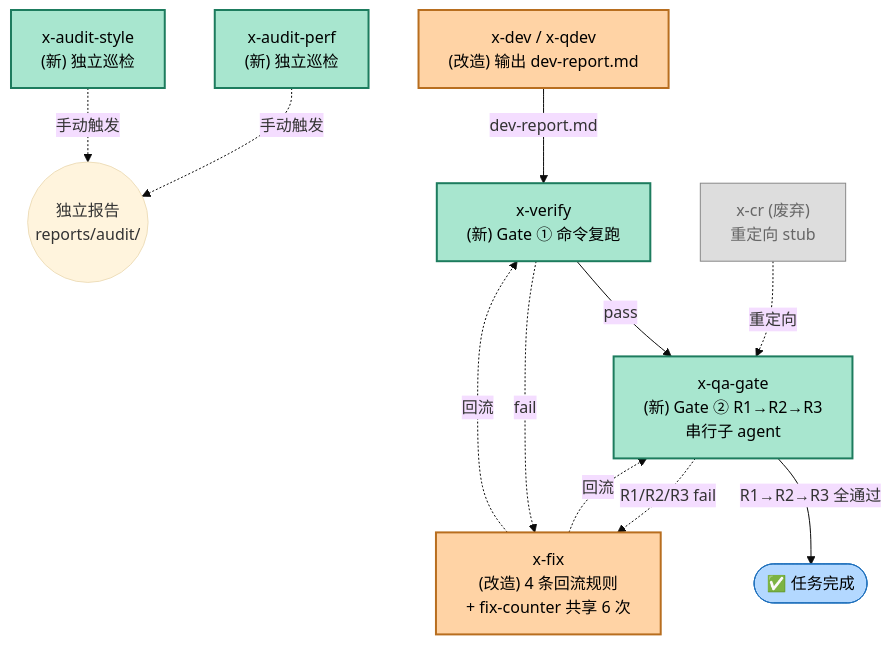
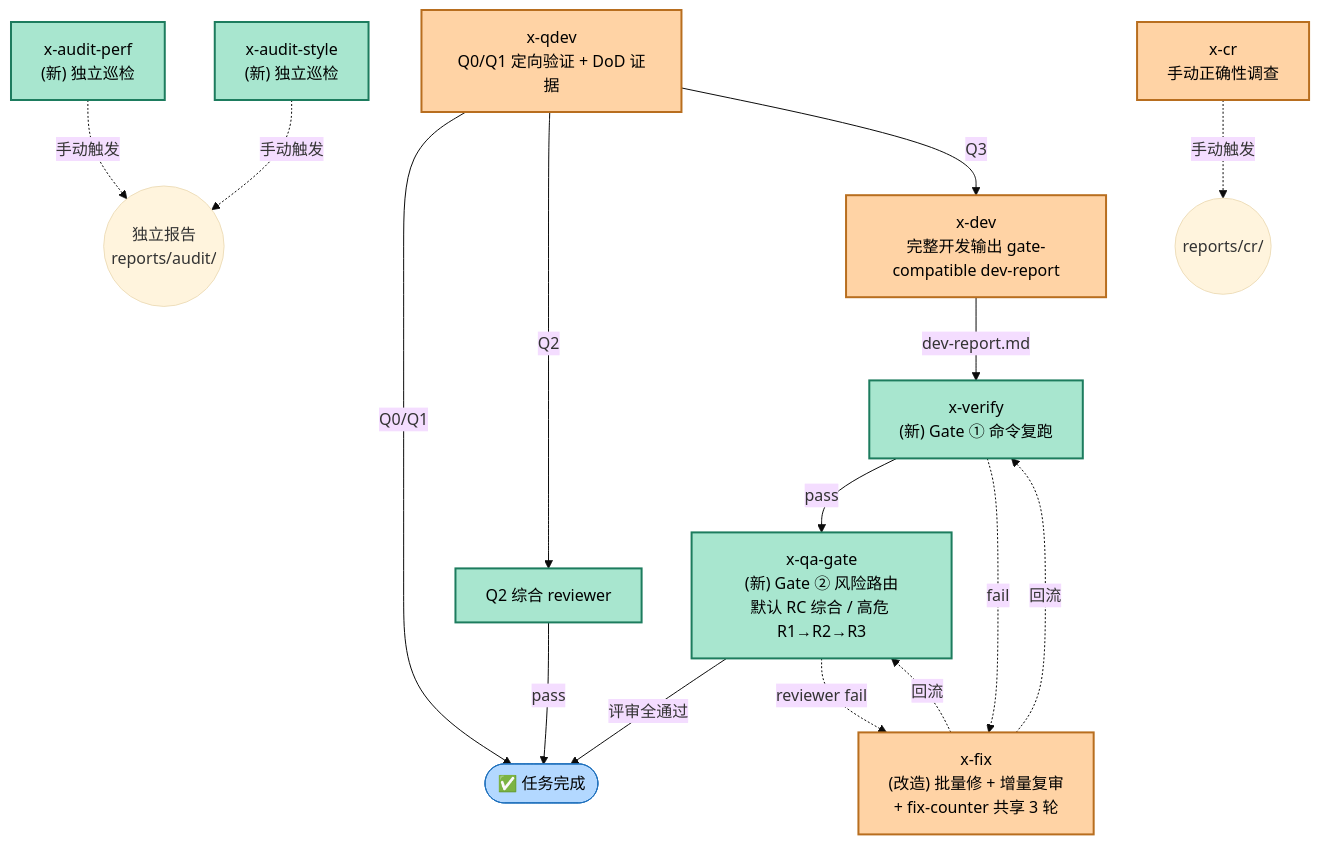
Before and after one commit to KtKID/x-dev-pipeline: the diagram in examples/req-modules-diagram-demo.md, drawn with Mermaid (base theme). The commit also changed other lines of this file and 18 other files, not shown here.

First line of the commit message:
feat(x-qa-gate): Gate 执行结构改造——风险路由 + 一轮列全 + 批量修 + 增量复审

````diff
--- a/examples/req-modules-diagram-demo.md
+++ b/examples/req-modules-diagram-demo.md
@@ -14,31 +14,39 @@
 ```mermaid
 flowchart TD
   classDef new fill:#a8e6cf,stroke:#1d7c5e,stroke-width:2px,color:#000
   classDef changed fill:#ffd3a5,stroke:#b86e1f,stroke-width:2px,color:#000
-  classDef deprecated fill:#ddd,stroke:#888,color:#666
   classDef done fill:#b3d8ff,stroke:#1e6fbb,color:#000
 
-  Dev["x-dev / x-qdev<br/>(改造) 输出 dev-report.md"]:::changed
+  Dev["x-dev<br/>完整开发输出 gate-compatible dev-report"]:::changed
   Verify["x-verify<br/>(新) Gate ① 命令复跑"]:::new
-  Qua["x-qa-gate<br/>(新) Gate ② R1→R2→R3<br/>串行子 agent"]:::new
-  Fix["x-fix<br/>(改造) 4 条回流规则<br/>+ fix-counter 共享 6 次"]:::changed
+  Qua["x-qa-gate<br/>(新) Gate ② 风险路由<br/>默认 RC 综合 / 高危 R1→R2→R3"]:::new
+  Fix["x-fix<br/>(改造) 批量修 + 增量复审<br/>+ fix-counter 共享 3 轮"]:::changed
   Done(["✅ 任务完成"]):::done
+
+  Qdev["x-qdev<br/>Q0/Q1 定向验证 + DoD 证据"]:::changed
+  Qreview["Q2 综合 reviewer"]:::new
 
   AuditP["x-audit-perf<br/>(新) 独立巡检"]:::new
   AuditS["x-audit-style<br/>(新) 独立巡检"]:::new
   Indep((独立报告<br/>reports/audit/))
 
-  Cr["x-cr (废弃)<br/>重定向 stub"]:::deprecated
+  Cr["x-cr<br/>手动正确性调查"]:::changed
+  CrReport(("reports/cr/"))
 
   Dev -->|dev-report.md| Verify
   Verify -->|pass| Qua
-  Qua -->|R1→R2→R3 全通过| Done
+  Qua -->|评审全通过| Done
   Verify -.fail.-> Fix
-  Qua -.R1/R2/R3 fail.-> Fix
+  Qua -.reviewer fail.-> Fix
   Fix -.回流.-> Verify
   Fix -.回流.-> Qua
 
-  Cr -.重定向.-> Qua
+  Qdev -->|Q0/Q1| Done
+  Qdev -->|Q2| Qreview
+  Qreview -->|pass| Done
+  Qdev -->|Q3| Dev
+
+  Cr -.手动触发.-> CrReport
   AuditP -.手动触发.-> Indep
   AuditS -.手动触发.-> Indep
 ```
````
